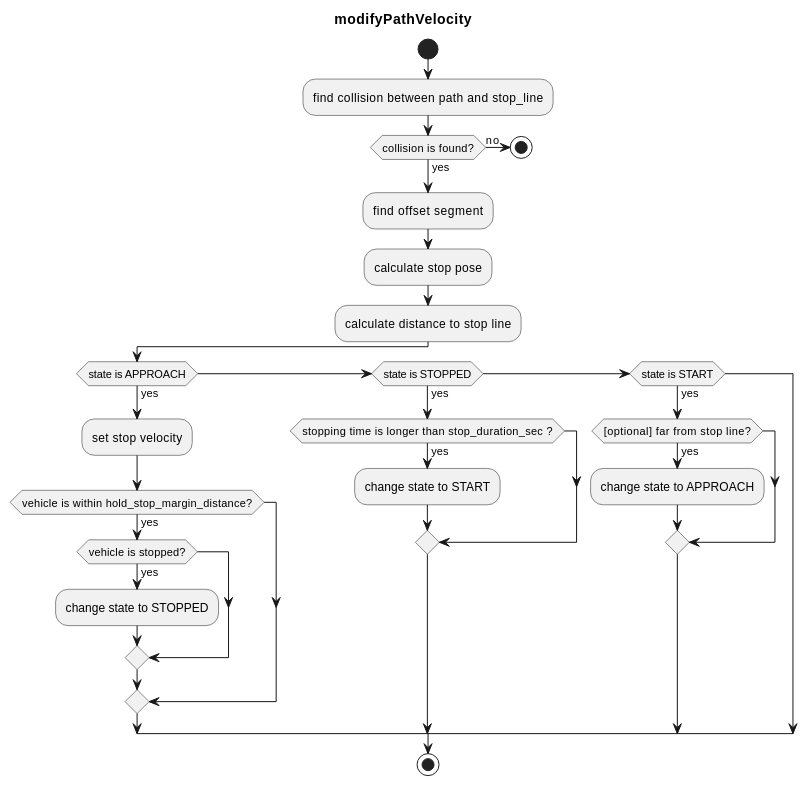
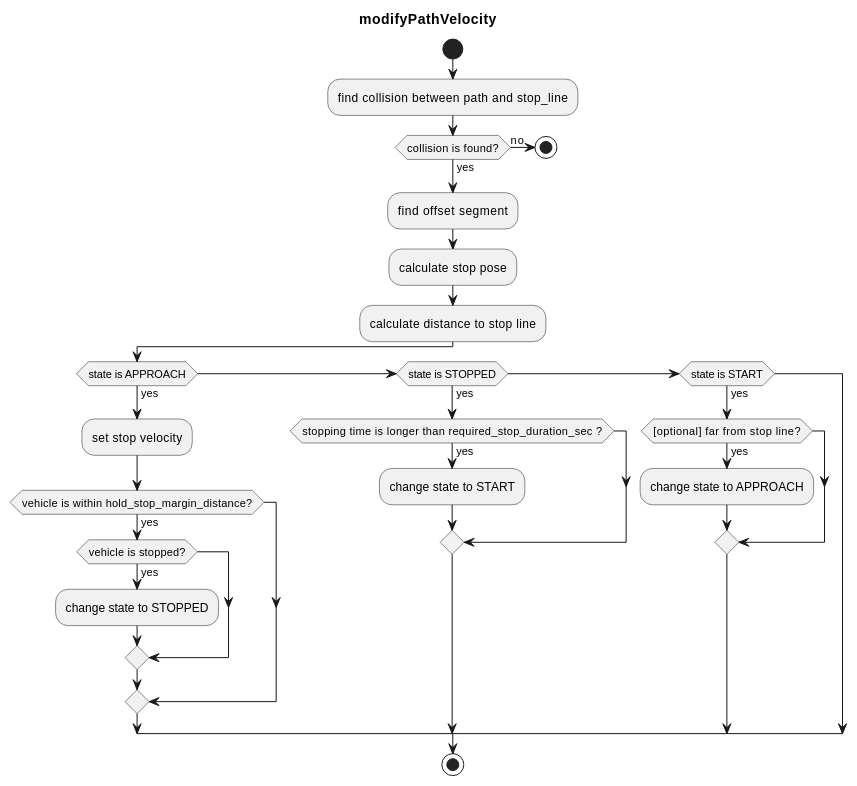
One commit to ros2-gbp/autoware_core-release changed the diagram in planning/behavior_velocity_planner/autoware_behavior_velocity_stop_line_module/README.md. Above: the diagram before and after it, drawn with PlantUML. The commit also changed other lines of this file and 575 other files, not shown here.

````diff
--- a/planning/behavior_velocity_planner/autoware_behavior_velocity_stop_line_module/README.md
+++ b/planning/behavior_velocity_planner/autoware_behavior_velocity_stop_line_module/README.md
@@ -31,39 +32,39 @@
 ```plantuml
 @startuml
 title modifyPathVelocity
 start
 
 :find collision between path and stop_line;
 
 if (collision is found?) then (yes)
 else (no)
   stop
 endif
 
 :find offset segment;
 
 :calculate stop pose;
 
 :calculate distance to stop line;
 
 if (state is APPROACH) then (yes)
   :set stop velocity;
 
   if (vehicle is within hold_stop_margin_distance?) then (yes)
     if (vehicle is stopped?) then (yes)
       :change state to STOPPED;
     endif
   endif
 else if (state is STOPPED) then (yes)
-  if (stopping time is longer than stop_duration_sec ?) then (yes)
+  if (stopping time is longer than required_stop_duration_sec ?) then (yes)
     :change state to START;
   endif
 else if (state is START) then (yes)
   if ([optional] far from stop line?) then (yes)
     :change state to APPROACH;
   endif
 endif
 
 stop
 @enduml
 ```
````
